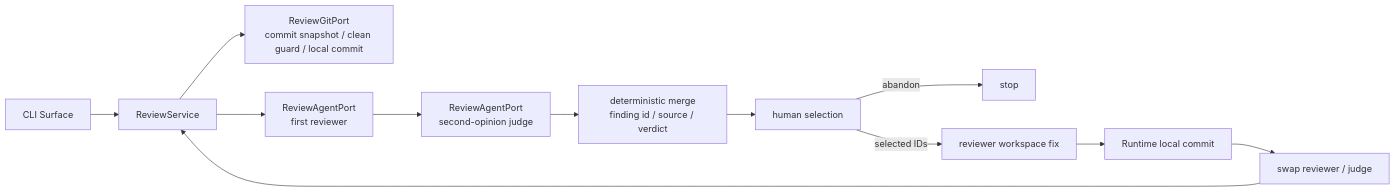
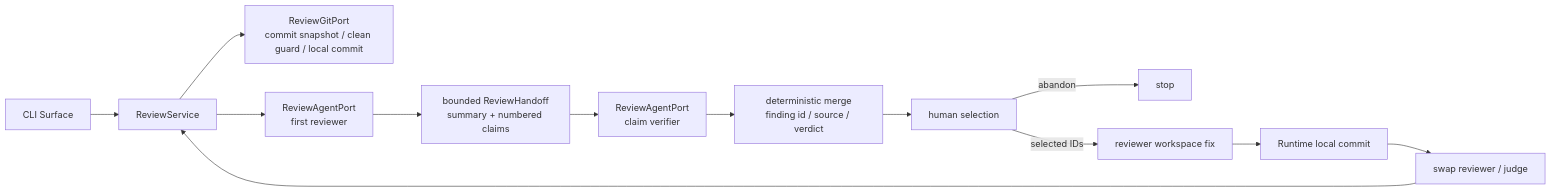
The fourth of 7 diagrams in docs/architecture.md (linlangli/AxiomRuntime), drawn with Mermaid before and after one commit. The commit also changed other lines of this file and 11 other files, not shown here.

First line of the commit message:
feat(review): bound second-model verification context

````diff
--- a/docs/architecture.md
+++ b/docs/architecture.md
@@ -269,14 +269,15 @@
 ```mermaid
 flowchart LR
   CLI["CLI Surface"] --> RS["ReviewService"]
   RS --> GIT["ReviewGitPort<br/>commit snapshot / clean guard / local commit"]
   RS --> A["ReviewAgentPort<br/>first reviewer"]
-  A --> B["ReviewAgentPort<br/>second-opinion judge"]
+  A --> H["bounded ReviewHandoff<br/>summary + numbered claims"]
+  H --> B["ReviewAgentPort<br/>claim verifier"]
   B --> MERGE["deterministic merge<br/>finding id / source / verdict"]
   MERGE --> HUMAN["human selection"]
   HUMAN -->|"abandon"| STOP["stop"]
   HUMAN -->|"selected IDs"| FIX["reviewer workspace fix"]
   FIX --> COMMIT["Runtime local commit"]
   COMMIT --> SWAP["swap reviewer / judge"]
   SWAP --> RS
 ```
````
